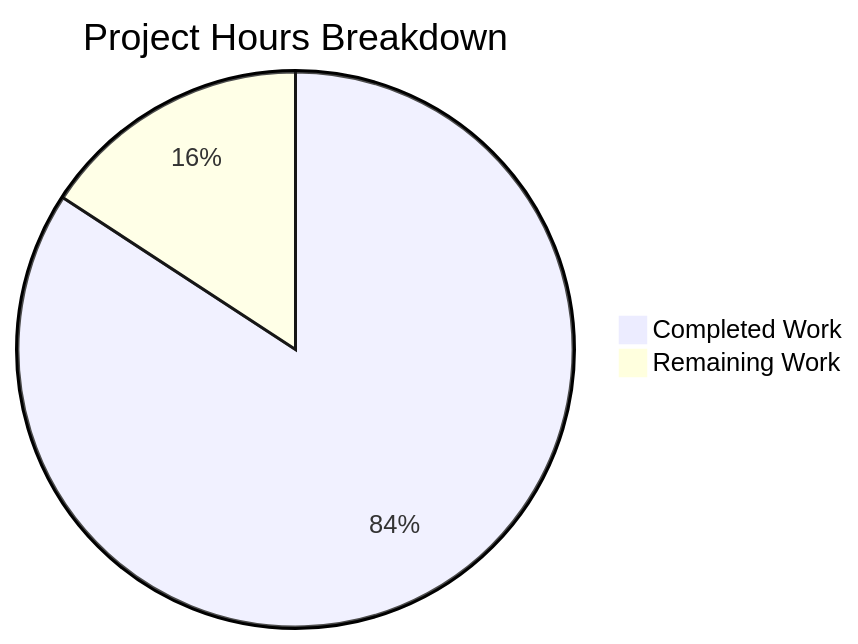
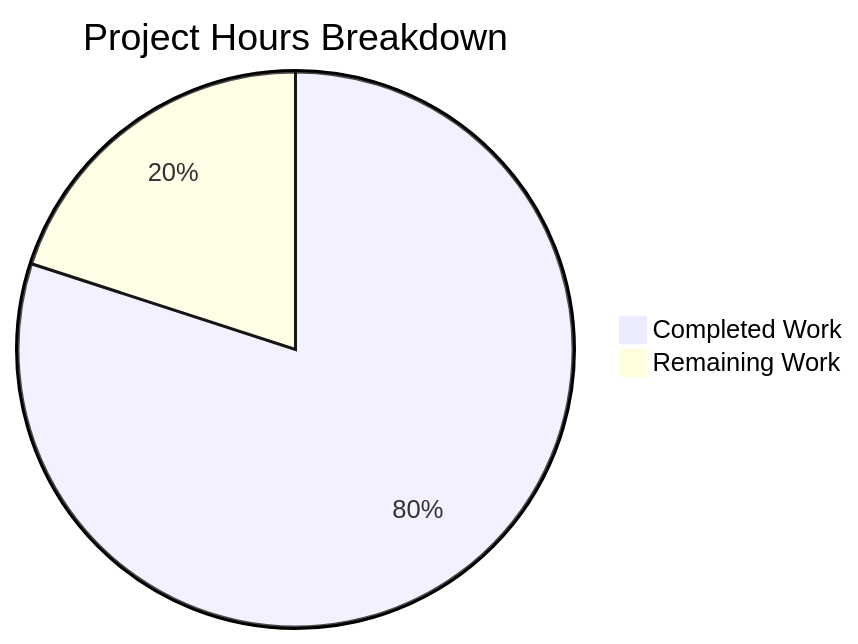
Before and after one commit to Sandeep01Kumar/SK-30-JAN: the diagram in blitzy/documentation/Project Guide.md, drawn with Mermaid. The commit also changed other lines of this file, not shown here.

Commit message:
Adding Blitzy Project Guide: Project Status and Human Tasks Remaining

````diff
--- a/blitzy/documentation/Project Guide.md
+++ b/blitzy/documentation/Project Guide.md
@@ -65,5 +30,5 @@
 ```mermaid
 pie title Project Hours Breakdown
     "Completed Work" : 16
-    "Remaining Work" : 3
+    "Remaining Work" : 4
 ```
````
